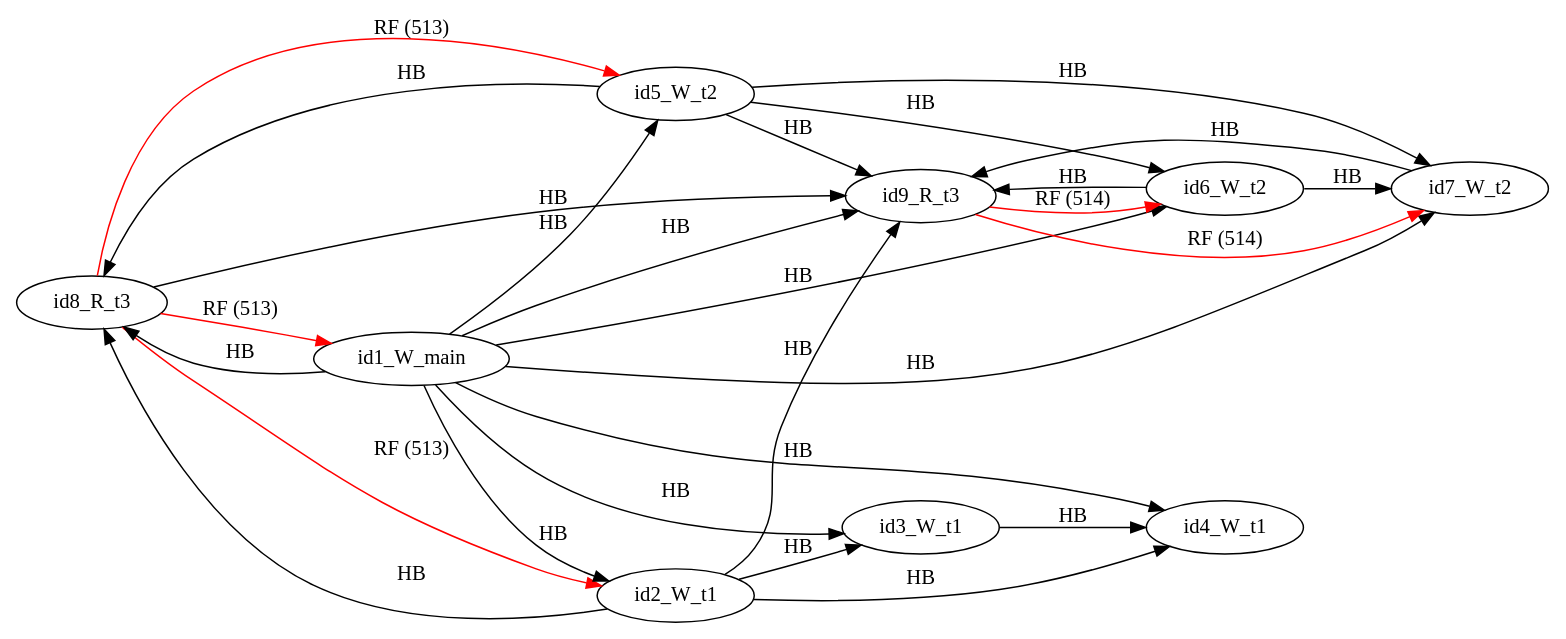
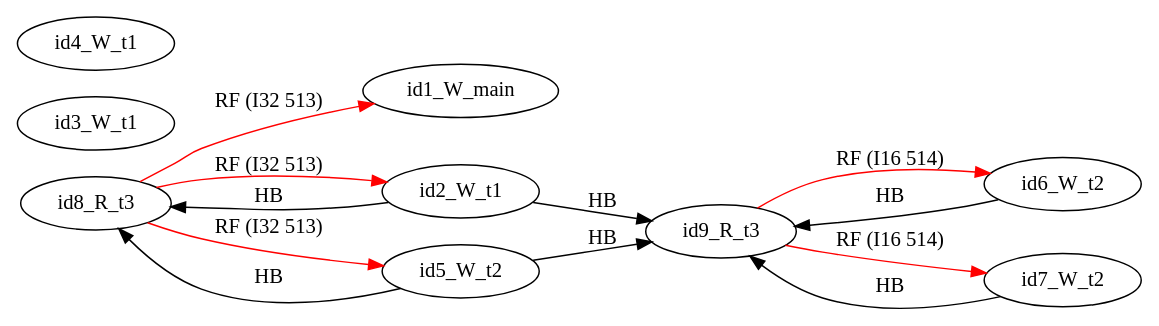
One commit to FMJS/EMME changed the diagram in examples/single_var/sv_simple20/mm46.dot. Above: the diagram before and after it, drawn with Graphviz. The commit also changed 241 other files, not shown here.

```diff
--- a/examples/single_var/sv_simple20/mm46.dot
+++ b/examples/single_var/sv_simple20/mm46.dot
@@ -1,39 +1,24 @@
 digraph memory_model {
 rankdir=LR;
 splines=true; esep=0.5;
-id8_R_t3 -> id1_W_main [label = "RF (513)", color="red"];
-id8_R_t3 -> id2_W_t1 [label = "RF (513)", color="red"];
-id8_R_t3 -> id5_W_t2 [label = "RF (513)", color="red"];
-id9_R_t3 -> id6_W_t2 [label = "RF (514)", color="red"];
-id9_R_t3 -> id7_W_t2 [label = "RF (514)", color="red"];
-id2_W_t1 -> id3_W_t1 [label = "HB", color="black"];
-id2_W_t1 -> id4_W_t1 [label = "HB", color="black"];
-id3_W_t1 -> id4_W_t1 [label = "HB", color="black"];
-id5_W_t2 -> id6_W_t2 [label = "HB", color="black"];
-id5_W_t2 -> id7_W_t2 [label = "HB", color="black"];
-id6_W_t2 -> id7_W_t2 [label = "HB", color="black"];
-id8_R_t3 -> id9_R_t3 [label = "HB", color="black"];
-id1_W_main -> id2_W_t1 [label = "HB", color="black"];
-id1_W_main -> id3_W_t1 [label = "HB", color="black"];
-id1_W_main -> id4_W_t1 [label = "HB", color="black"];
-id1_W_main -> id5_W_t2 [label = "HB", color="black"];
-id1_W_main -> id6_W_t2 [label = "HB", color="black"];
-id1_W_main -> id7_W_t2 [label = "HB", color="black"];
-id1_W_main -> id8_R_t3 [label = "HB", color="black"];
-id1_W_main -> id9_R_t3 [label = "HB", color="black"];
+id8_R_t3 -> id1_W_main [label = "RF (I32 513)", color="red"];
+id8_R_t3 -> id2_W_t1 [label = "RF (I32 513)", color="red"];
+id8_R_t3 -> id5_W_t2 [label = "RF (I32 513)", color="red"];
+id9_R_t3 -> id6_W_t2 [label = "RF (I16 514)", color="red"];
+id9_R_t3 -> id7_W_t2 [label = "RF (I16 514)", color="red"];
 id2_W_t1 -> id8_R_t3 [label = "HB", color="black"];
 id2_W_t1 -> id9_R_t3 [label = "HB", color="black"];
 id5_W_t2 -> id8_R_t3 [label = "HB", color="black"];
 id5_W_t2 -> id9_R_t3 [label = "HB", color="black"];
 id6_W_t2 -> id9_R_t3 [label = "HB", color="black"];
 id7_W_t2 -> id9_R_t3 [label = "HB", color="black"];
 id1_W_main [pos="5.0,6!"]
 id2_W_t1 [pos="0,4!"]
 id3_W_t1 [pos="0,2!"]
 id4_W_t1 [pos="0,0!"]
 id5_W_t2 [pos="5,4!"]
 id6_W_t2 [pos="5,2!"]
 id7_W_t2 [pos="5,0!"]
 id8_R_t3 [pos="10,4!"]
 id9_R_t3 [pos="10,2!"]
 }
```
